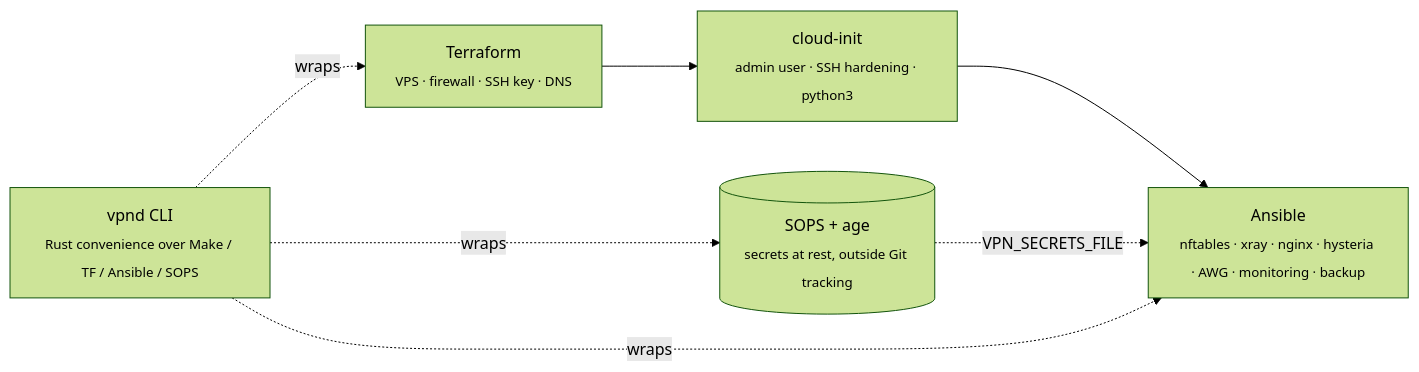
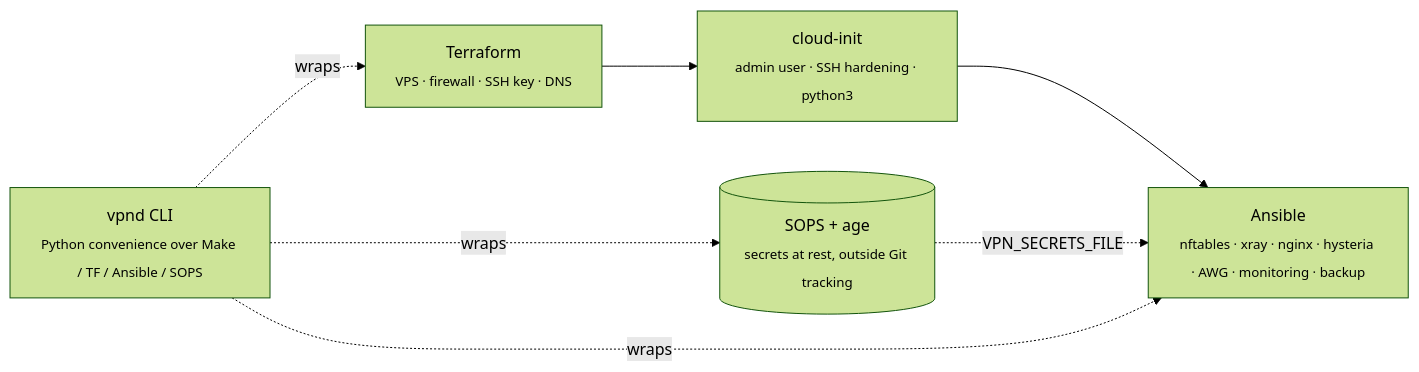
One commit to po4yka/ripdpi-vpn-deploy changed the first of 3 diagrams in README.md. Above: the diagram before and after it, drawn with Mermaid (forest theme). The commit also changed other lines of this file and 203 other files, not shown here.

First line of the commit message:
refactor(vpnd)!: replace Rust CLI with Python (#283)

````diff
--- a/README.md
+++ b/README.md
@@ -17,14 +17,14 @@
 ```mermaid
 flowchart LR
     TF["Terraform<br/><sub>VPS · firewall · SSH key · DNS</sub>"]
     CI["cloud-init<br/><sub>admin user · SSH hardening · python3</sub>"]
     AN["Ansible<br/><sub>nftables · xray · nginx · hysteria · AWG · monitoring · backup</sub>"]
     SC[("SOPS + age<br/><sub>secrets at rest, outside Git tracking</sub>")]
-    VD["vpnd CLI<br/><sub>Rust convenience over Make / TF / Ansible / SOPS</sub>"]
+    VD["vpnd CLI<br/><sub>Python convenience over Make / TF / Ansible / SOPS</sub>"]
 
     TF --> CI --> AN
     SC -. VPN_SECRETS_FILE .-> AN
     VD -. wraps .-> TF
     VD -. wraps .-> AN
     VD -. wraps .-> SC
 ```
````
